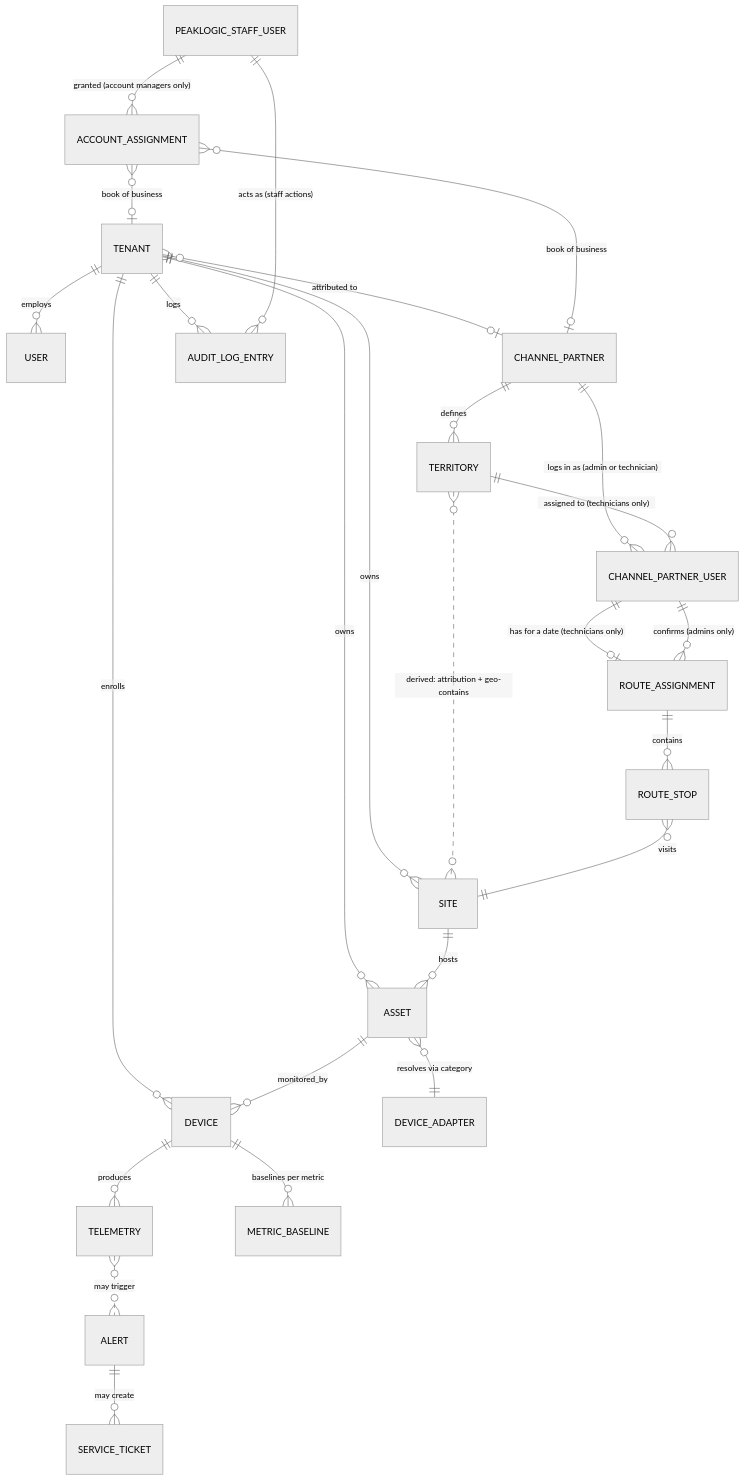
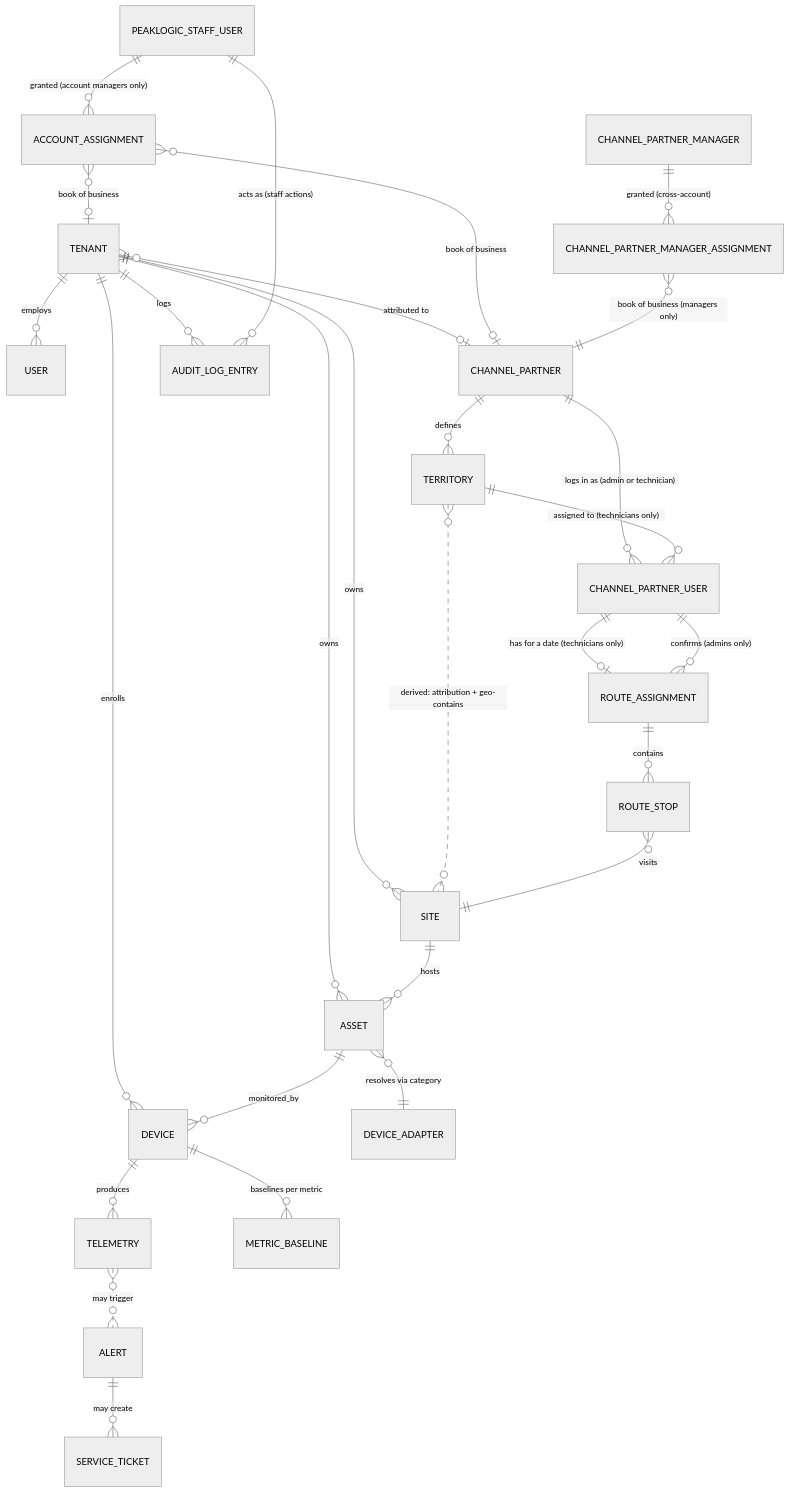
Before and after one commit to PeakLogicSystems/PeakLogic-Azure-V2: the diagram in docs/architecture/domain-model.md, drawn with Mermaid (neutral theme). The commit also changed other lines of this file and 1 other file, not shown here.

First line of the commit message:
docs: Domain Model v1.3 - add Channel Partner Manager entity

````diff
--- a/docs/architecture/domain-model.md
+++ b/docs/architecture/domain-model.md
@@ -228,28 +250,30 @@
 ```mermaid
 erDiagram
     TENANT ||--o{ SITE : owns
     TENANT ||--o{ USER : employs
     TENANT ||--o{ ASSET : owns
     TENANT ||--o{ DEVICE : enrolls
     TENANT }o--o| CHANNEL_PARTNER : "attributed to"
     SITE ||--o{ ASSET : hosts
     ASSET ||--o{ DEVICE : monitored_by
     ASSET }o--|| DEVICE_ADAPTER : "resolves via category"
     DEVICE ||--o{ TELEMETRY : produces
     DEVICE ||--o{ METRIC_BASELINE : "baselines per metric"
     TELEMETRY }o..o{ ALERT : "may trigger"
     ALERT ||--o{ SERVICE_TICKET : "may create"
     TENANT ||--o{ AUDIT_LOG_ENTRY : logs
     CHANNEL_PARTNER ||--o{ CHANNEL_PARTNER_USER : "logs in as (admin or technician)"
     CHANNEL_PARTNER ||--o{ TERRITORY : defines
     TERRITORY ||--o{ CHANNEL_PARTNER_USER : "assigned to (technicians only)"
     TERRITORY }o..o{ SITE : "derived: attribution + geo-contains"
     CHANNEL_PARTNER_USER ||--o| ROUTE_ASSIGNMENT : "has for a date (technicians only)"
     ROUTE_ASSIGNMENT ||--o{ ROUTE_STOP : contains
     ROUTE_STOP }o--|| SITE : visits
     CHANNEL_PARTNER_USER ||--o{ ROUTE_ASSIGNMENT : "confirms (admins only)"
     PEAKLOGIC_STAFF_USER ||--o{ ACCOUNT_ASSIGNMENT : "granted (account managers only)"
     ACCOUNT_ASSIGNMENT }o--o| TENANT : "book of business"
     ACCOUNT_ASSIGNMENT }o--o| CHANNEL_PARTNER : "book of business"
     PEAKLOGIC_STAFF_USER ||--o{ AUDIT_LOG_ENTRY : "acts as (staff actions)"
+    CHANNEL_PARTNER_MANAGER ||--o{ CHANNEL_PARTNER_MANAGER_ASSIGNMENT : "granted (cross-account)"
+    CHANNEL_PARTNER_MANAGER_ASSIGNMENT }o--|| CHANNEL_PARTNER : "book of business (managers only)"
 ```
````
